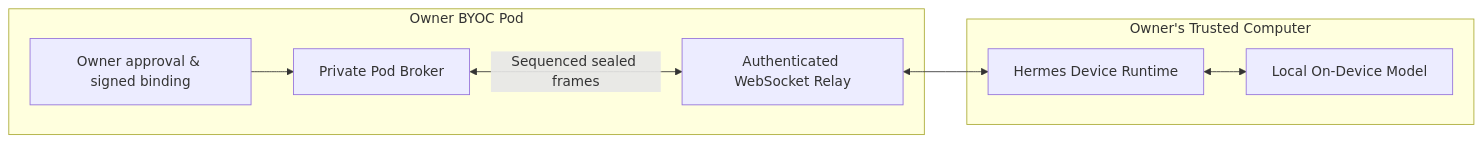
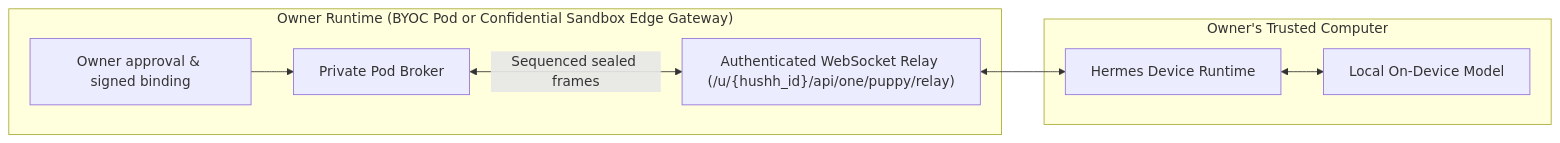
One commit to hushh-labs/hushh-research changed the diagram in docs/architecture/modules/puppy.md. Above: the diagram before and after it, drawn with Mermaid. The commit also changed other lines of this file and 103 other files, not shown here.

First line of the commit message:
fix(sandbox): close unified confidential sandbox cutover gaps (#9744)

````diff
--- a/docs/architecture/modules/puppy.md
+++ b/docs/architecture/modules/puppy.md
@@ -10,18 +10,18 @@
 ```mermaid
 flowchart LR
-  subgraph OwnerCloud["Owner BYOC Pod"]
+  subgraph OwnerRuntime["Owner Runtime (BYOC Pod or Confidential Sandbox Edge Gateway)"]
     owner["Owner approval & signed binding"]
     pod["Private Pod Broker"]
-    relay["Authenticated WebSocket Relay"]
+    relay["Authenticated WebSocket Relay (/u/{hushh_id}/api/one/puppy/relay)"]
   end
 
   subgraph LocalMac["Owner's Trusted Computer"]
     hermes["Hermes Device Runtime"]
     localModel["Local On-Device Model"]
   end
 
   owner --> pod
   pod <-->|Sequenced sealed frames| relay
   relay <--> hermes
   hermes <--> localModel
 ```
````
